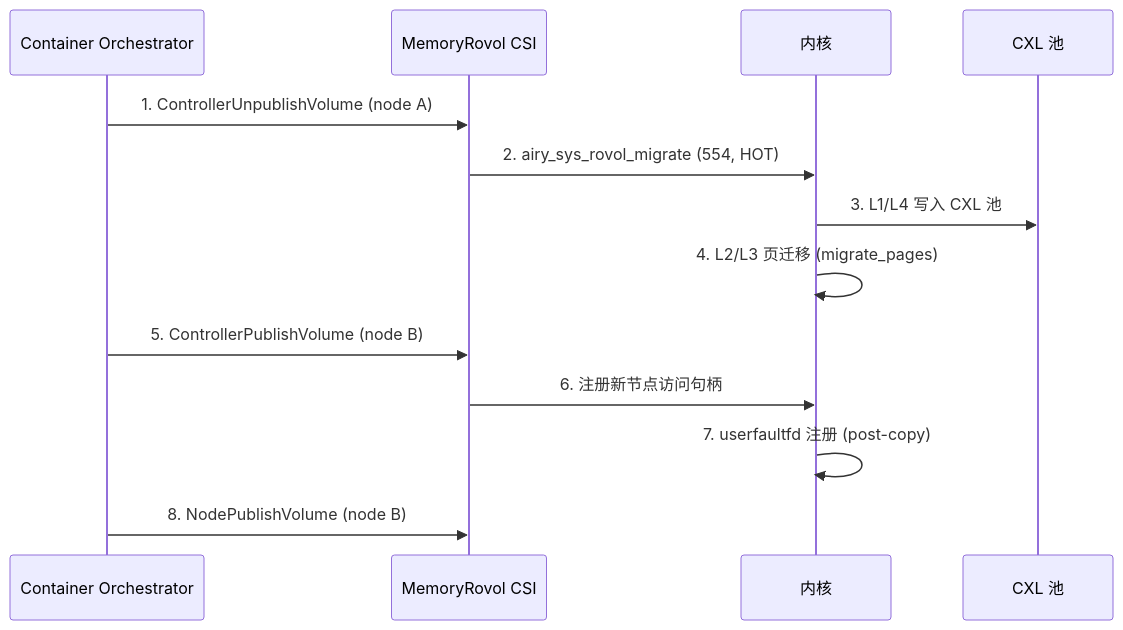
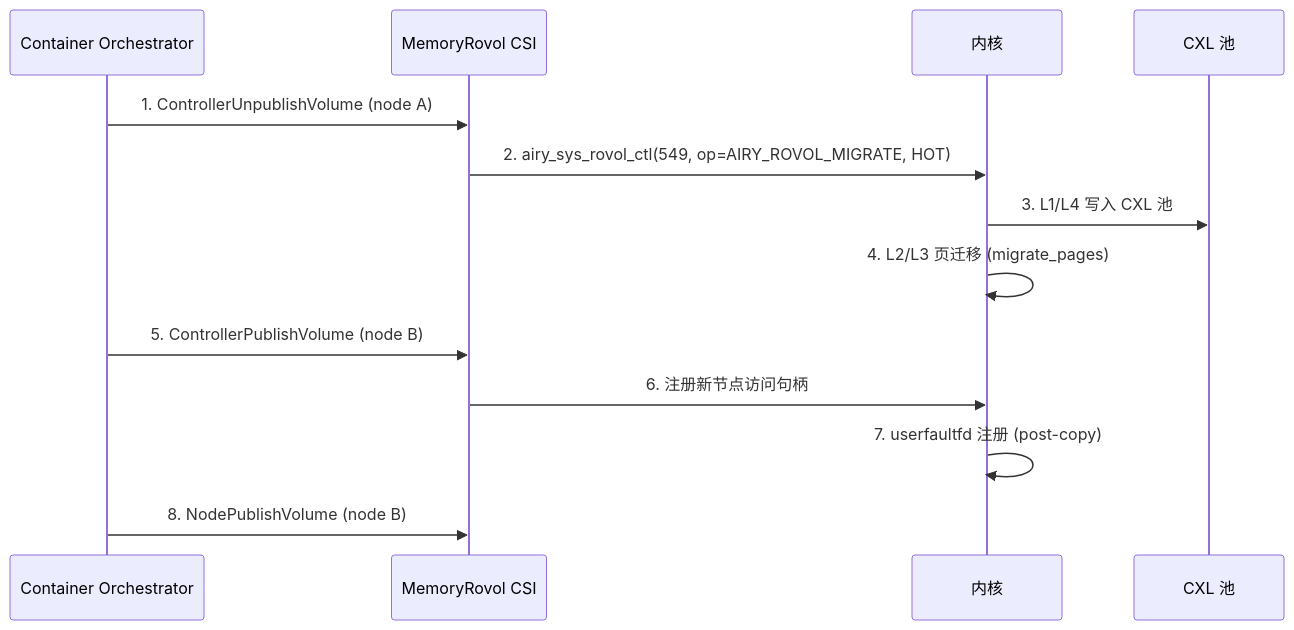
One commit to openairymax/docs-linux changed the second of 3 diagrams in 150-cloudnative/05-memoryrovol-csi.md. Above: the diagram before and after it, drawn with Mermaid. The commit also changed other lines of this file and 50 other files, not shown here.

Commit message:
docs: 更新全部文档以适配 v1.0.1 版本 Capability Folding 变更 本次更新覆盖所有相关文档，主要变更包括： 1. 统一系统调用编号段从 512-631 调整为 548-571 2. 替换废弃的独立 syscall 为统一的 airy_sys_call + op-dispatch 模型

````diff
--- a/150-cloudnative/05-memoryrovol-csi.md
+++ b/150-cloudnative/05-memoryrovol-csi.md
@@ -444,16 +444,16 @@
 ```mermaid
 sequenceDiagram
     participant CO as Container Orchestrator
     participant CSI as MemoryRovol CSI
     participant KERN as 内核
     participant CXL as CXL 池
 
     CO->>CSI: 1. ControllerUnpublishVolume (node A)
-    CSI->>KERN: 2. airy_sys_rovol_migrate (554, HOT)
+    CSI->>KERN: 2. airy_sys_rovol_ctl(549, op=AIRY_ROVOL_MIGRATE, HOT)
     KERN->>CXL: 3. L1/L4 写入 CXL 池
     KERN->>KERN: 4. L2/L3 页迁移 (migrate_pages)
     CO->>CSI: 5. ControllerPublishVolume (node B)
     CSI->>KERN: 6. 注册新节点访问句柄
     KERN->>KERN: 7. userfaultfd 注册 (post-copy)
     CO->>CSI: 8. NodePublishVolume (node B)
 ```
````
